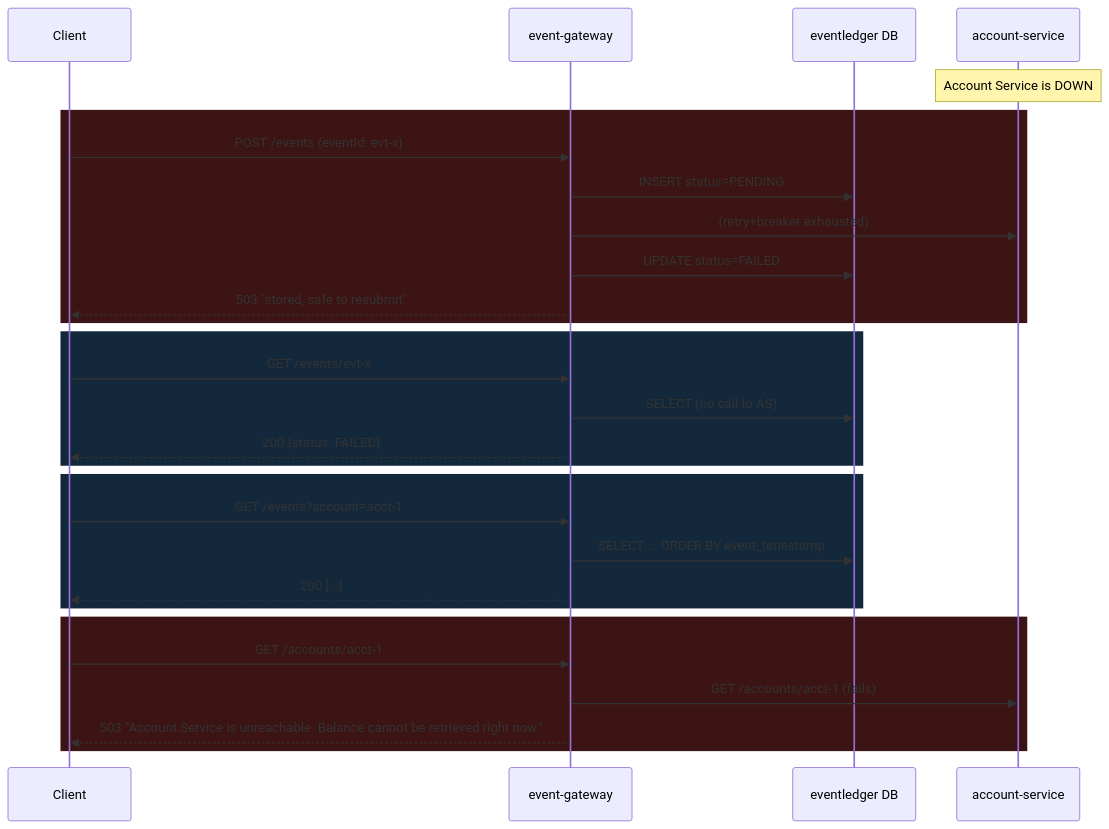
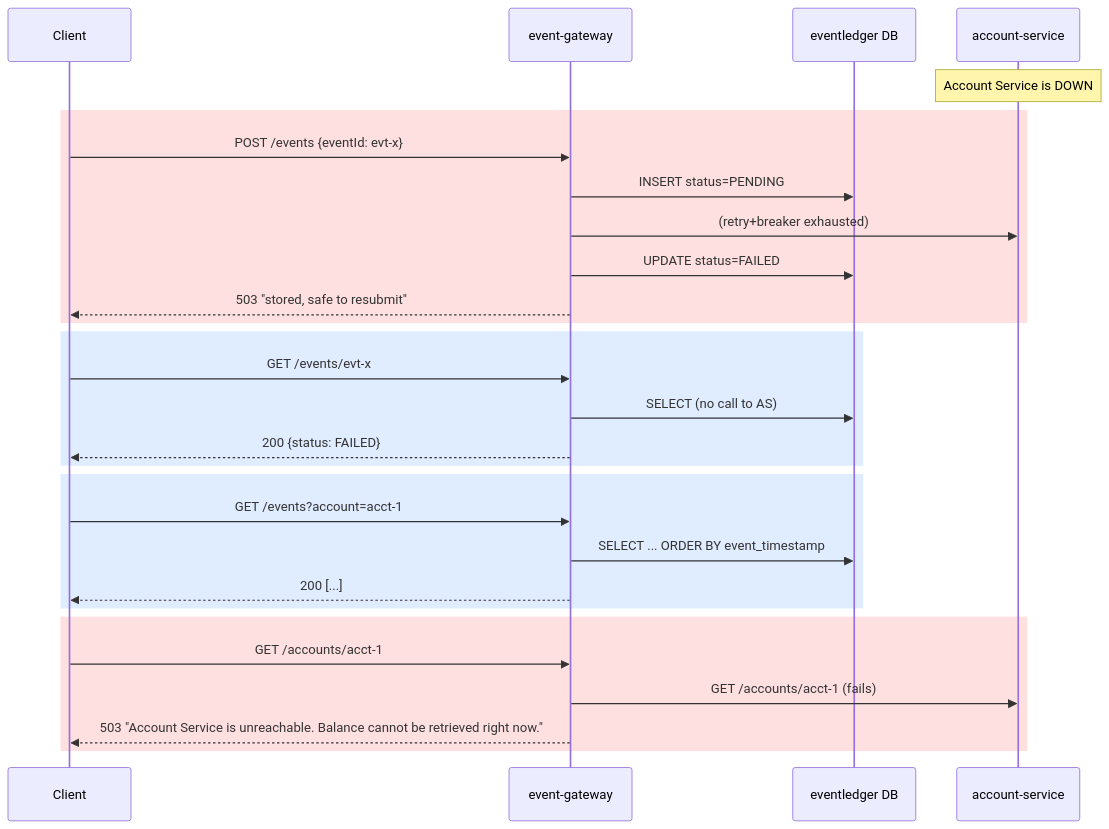
The seventh of 9 diagrams in REQUIREMENTS_TRACEABILITY.md (sattuanand/event-gateway), drawn with Mermaid before and after one commit. The commit also changed 1 other file, not shown here.

Commit message:
Fixing the md file color visibility on the inner text

````diff
--- a/REQUIREMENTS_TRACEABILITY.md
+++ b/REQUIREMENTS_TRACEABILITY.md
@@ -622,31 +622,31 @@
 ```mermaid
 sequenceDiagram
     participant C as Client
     participant GW as event-gateway
     participant GWDB as eventledger DB
     participant AS as account-service
 
     Note over AS: Account Service is DOWN
-    rect rgb(60,20,20)
+    rect rgb(255, 224, 224)
     C->>GW: POST /events {eventId: evt-x}
     GW->>GWDB: INSERT status=PENDING
     GW->>AS: (retry+breaker exhausted)
     GW->>GWDB: UPDATE status=FAILED
     GW-->>C: 503 "stored, safe to resubmit"
     end
-    rect rgb(20,40,60)
+    rect rgb(224, 236, 255)
     C->>GW: GET /events/evt-x
     GW->>GWDB: SELECT (no call to AS)
     GW-->>C: 200 {status: FAILED}
     end
-    rect rgb(20,40,60)
+    rect rgb(224, 236, 255)
     C->>GW: GET /events?account=acct-1
     GW->>GWDB: SELECT ... ORDER BY event_timestamp
     GW-->>C: 200 [...]
     end
-    rect rgb(60,20,20)
+    rect rgb(255, 224, 224)
     C->>GW: GET /accounts/acct-1
     GW->>AS: GET /accounts/acct-1 (fails)
     GW-->>C: 503 "Account Service is unreachable. Balance cannot be retrieved right now."
     end
 ```
````
